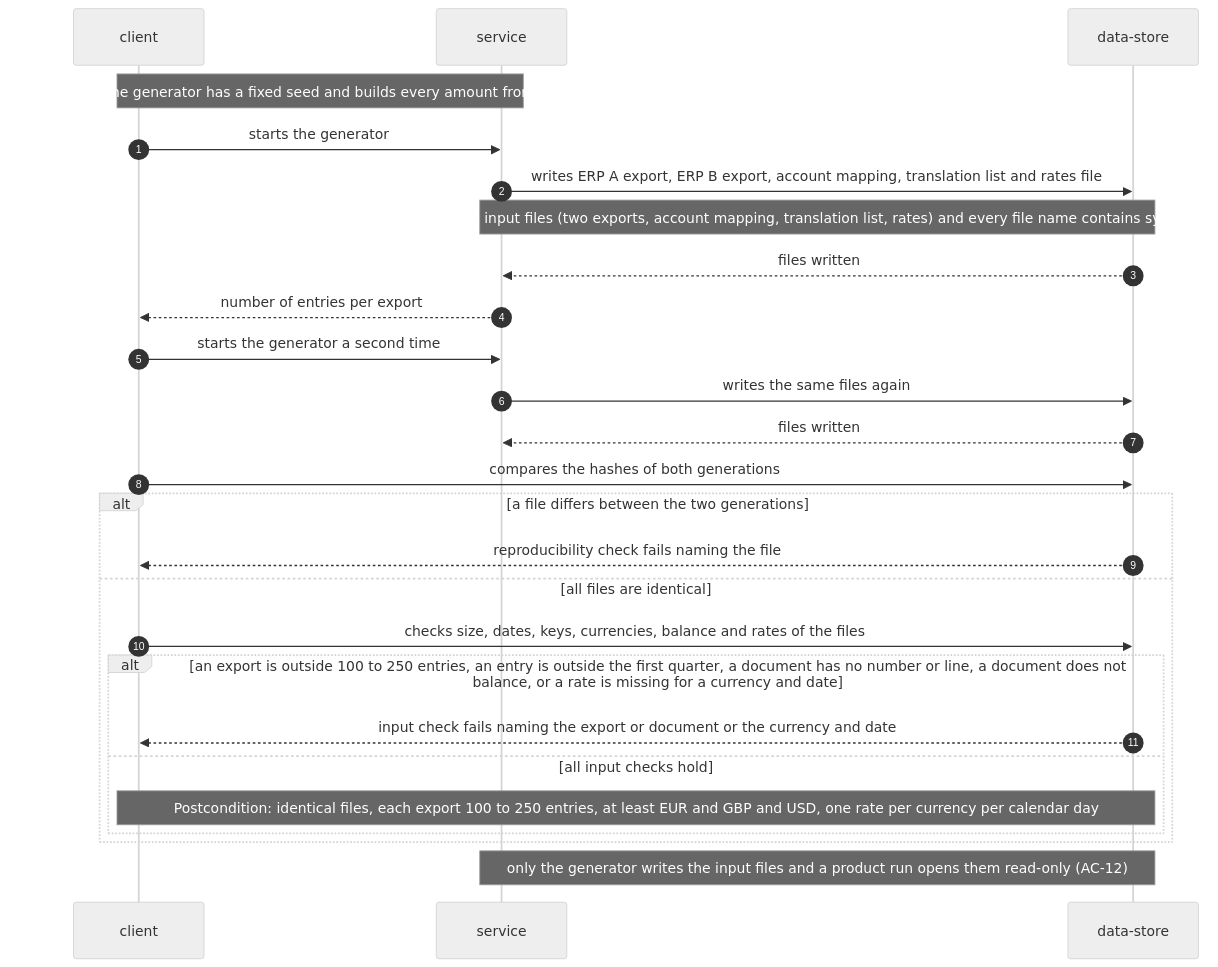
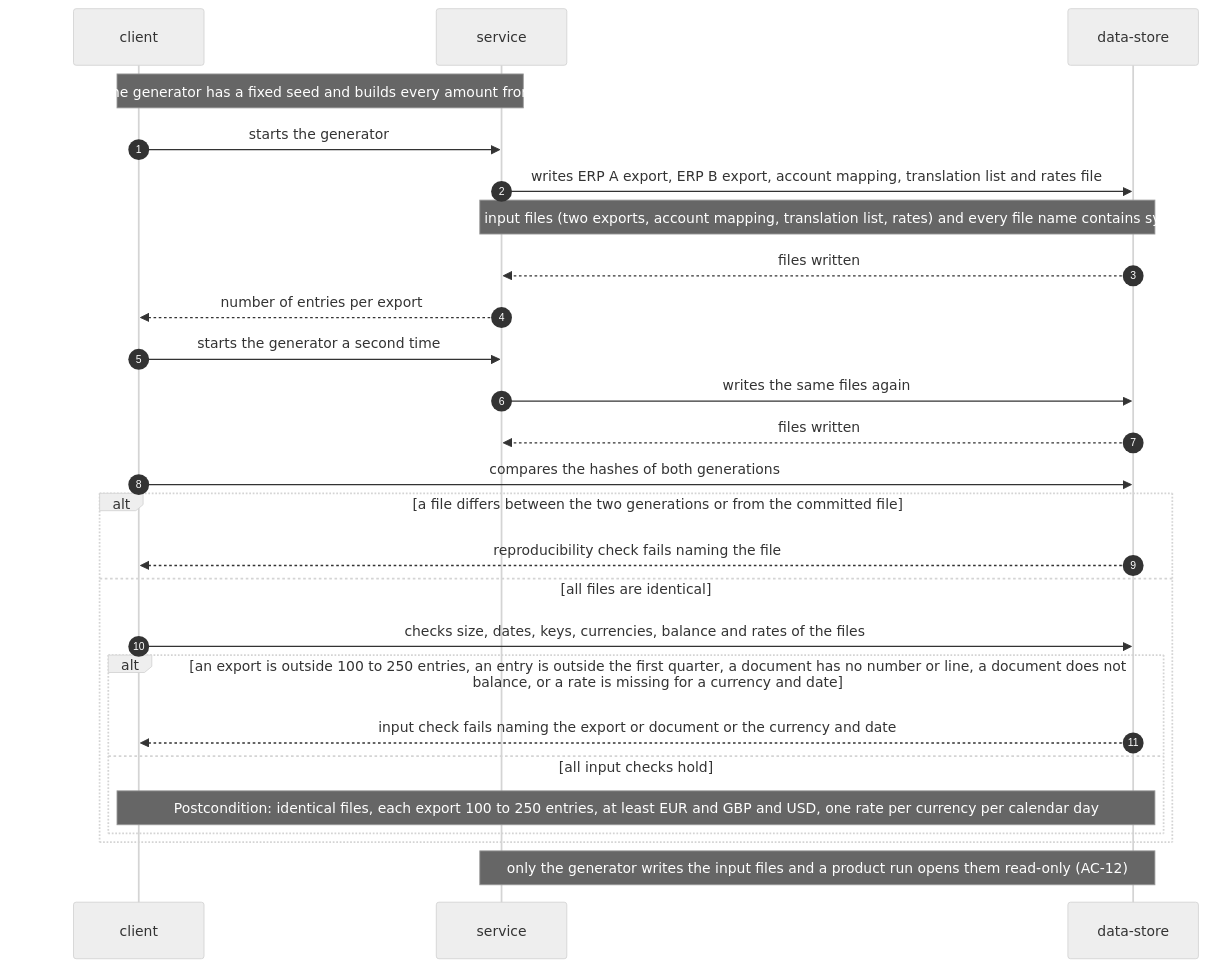
The fifth of 9 diagrams in docs/features/unified-gl-inputs/sad.md (Shkilov75/finance-data-products), drawn with Mermaid (neutral theme) before and after one commit. The commit also changed other lines of this file, not shown here.

````diff
--- a/docs/features/unified-gl-inputs/sad.md
+++ b/docs/features/unified-gl-inputs/sad.md
@@ -250,29 +250,29 @@
 ```mermaid
 sequenceDiagram
     autonumber
     participant C as client
     participant S as service
     participant D as data-store
 
     Note over C,S: Precondition: the generator has a fixed seed and builds every amount from integer cents
     C->>S: starts the generator
     S->>D: writes ERP A export, ERP B export, account mapping, translation list and rates file
     Note over S,D: persists input files (two exports, account mapping, translation list, rates) and every file name contains synthetic
     D-->>S: files written
     S-->>C: number of entries per export
     C->>S: starts the generator a second time
     S->>D: writes the same files again
     D-->>S: files written
     C->>D: compares the hashes of both generations
-    alt a file differs between the two generations
+    alt a file differs between the two generations or from the committed file
         D-->>C: reproducibility check fails naming the file
     else all files are identical
         C->>D: checks size, dates, keys, currencies, balance and rates of the files
         alt an export is outside 100 to 250 entries, an entry is outside the first quarter, a document has no number or line, a document does not balance, or a rate is missing for a currency and date
             D-->>C: input check fails naming the export or document or the currency and date
         else all input checks hold
             Note over C,D: Postcondition: identical files, each export 100 to 250 entries, at least EUR and GBP and USD, one rate per currency per calendar day
         end
     end
     Note over S,D: only the generator writes the input files and a product run opens them read-only (AC-12)
 ```
````
